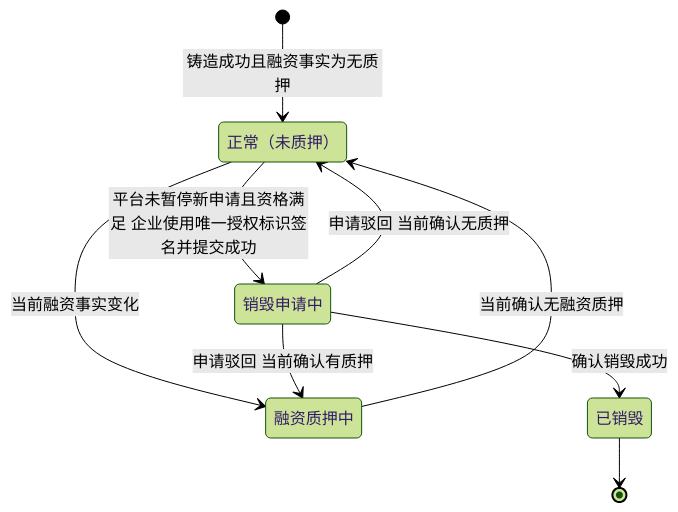
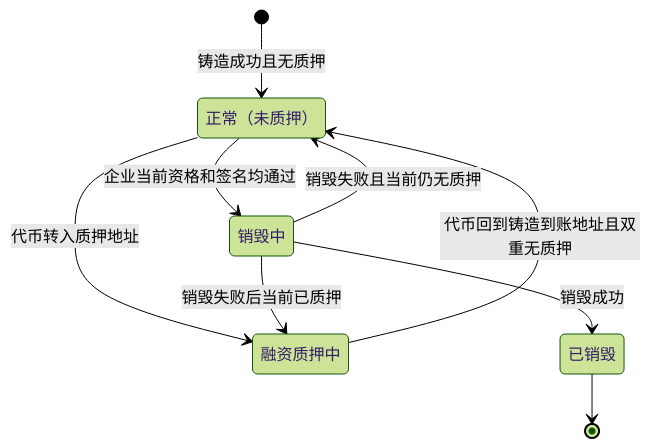
Before and after one commit to wxblockchain/Chain-Financing: the third of 5 diagrams in token-issuance-platform/PRD/管理端/M4b-销毁审核与解除质押/02-销毁审核与解除质押-流程图与状态机.md, drawn with Mermaid (forest theme). The commit also changed other lines of this file and 16 other files, not shown here.

````diff
--- a/token-issuance-platform/PRD/管理端/M4b-销毁审核与解除质押/02-销毁审核与解除质押-流程图与状态机.md
+++ b/token-issuance-platform/PRD/管理端/M4b-销毁审核与解除质押/02-销毁审核与解除质押-流程图与状态机.md
@@ -79,15 +62,15 @@
 ```mermaid
 stateDiagram-v2
     state "正常（未质押）" as Normal
     state "融资质押中" as Financed
-    state "销毁申请中" as Applying
+    state "销毁中" as Applying
     state "已销毁" as Destroyed
-    [*] --> Normal: 铸造成功且融资事实为无质押
-    Normal --> Financed: 当前融资事实变化
-    Financed --> Normal: 当前确认无融资质押
-    Normal --> Applying: 平台未暂停新申请且资格满足 企业使用唯一授权标识签名并提交成功
-    Applying --> Normal: 申请驳回 当前确认无质押
-    Applying --> Financed: 申请驳回 当前确认有质押
-    Applying --> Destroyed: 确认销毁成功
+    [*] --> Normal: 铸造成功且无质押
+    Normal --> Financed: 代币转入质押地址
+    Financed --> Normal: 代币回到铸造到账地址且双重无质押
+    Normal --> Applying: 企业当前资格和签名均通过
+    Applying --> Normal: 销毁失败且当前仍无质押
+    Applying --> Financed: 销毁失败后当前已质押
+    Applying --> Destroyed: 销毁成功
     Destroyed --> [*]
 ```
````
